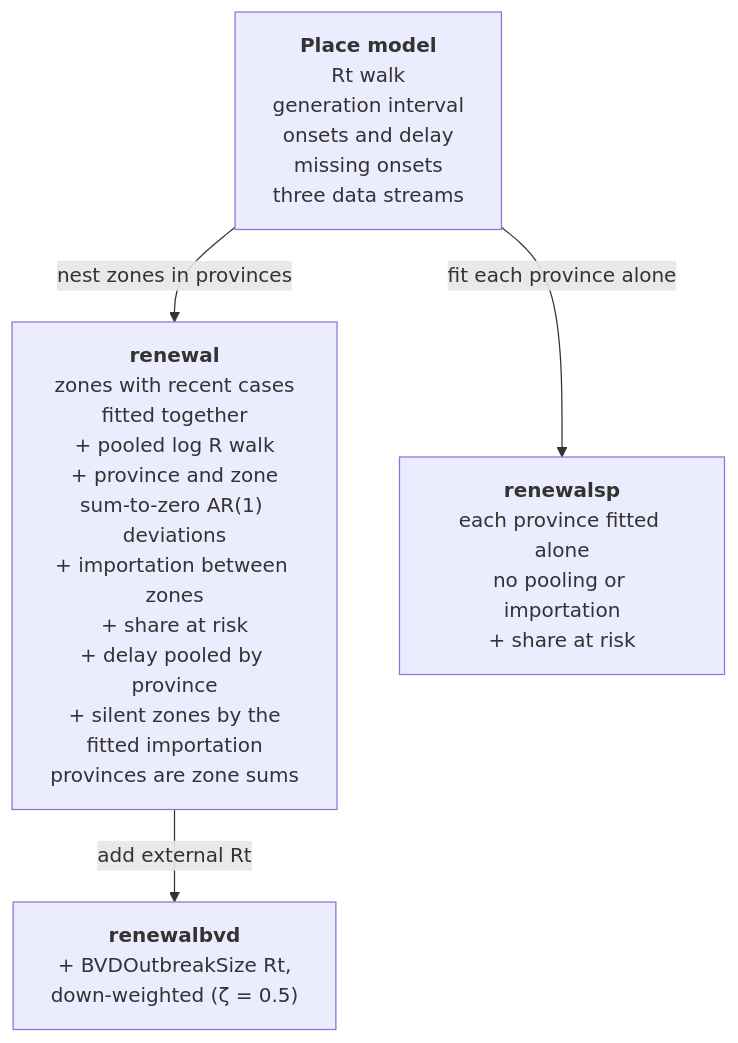
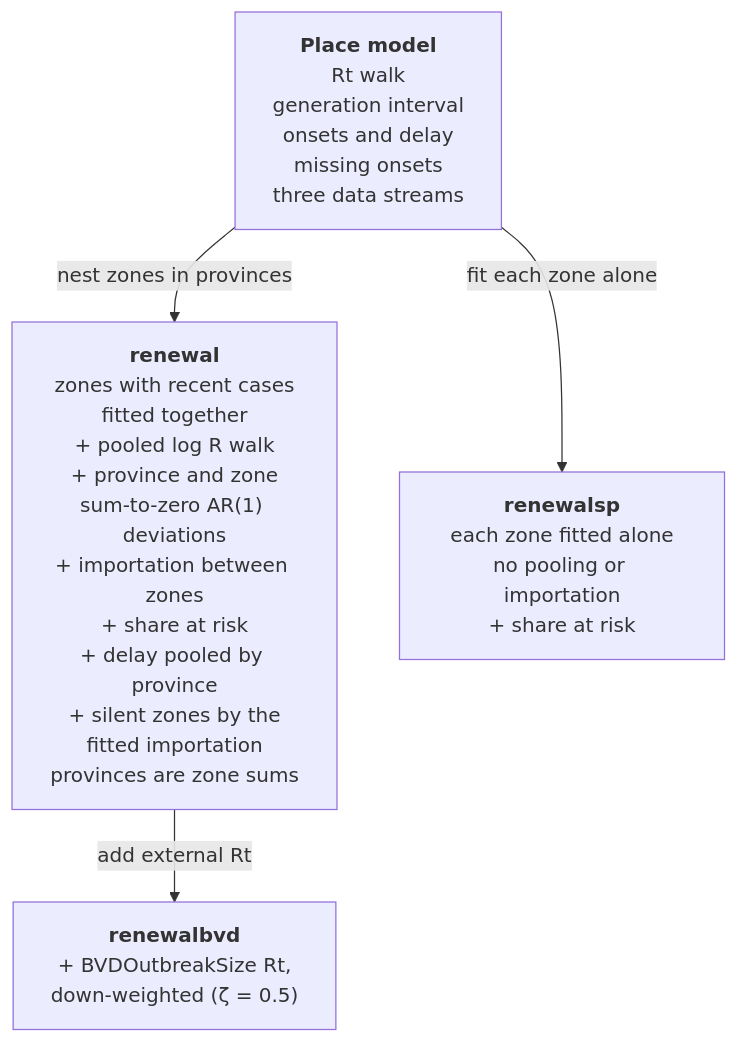
The first of 4 diagrams in docs/methods/model.md (seabbs/bdbv-hub-modelling), drawn with Mermaid before and after one commit. The commit also changed other lines of this file and 12 other files, not shown here.

Commit message:
feat: renewalsp fits each zone on its own; the per-province fit, its zone split and renewalsp_zones go

````diff
--- a/docs/methods/model.md
+++ b/docs/methods/model.md
@@ -22,11 +22,11 @@
 ```mermaid
 flowchart TD
     PM["<b>Place model</b><br/>Rt walk<br/>generation interval<br/>onsets and delay<br/>missing onsets<br/>three data streams"]
     RN["<b>renewal</b><br/>zones with recent cases<br/>fitted together<br/>+ pooled log R walk<br/>+ province and zone<br/>sum-to-zero AR(1) deviations<br/>+ importation between zones<br/>+ share at risk<br/>+ delay pooled by province<br/>+ silent zones by the<br/>fitted importation<br/>provinces are zone sums"]
     BV["<b>renewalbvd</b><br/>+ BVDOutbreakSize Rt,<br/>down-weighted (ζ = 0.5)"]
-    SP["<b>renewalsp</b><br/>each province fitted alone<br/>no pooling or importation<br/>+ share at risk"]
+    SP["<b>renewalsp</b><br/>each zone fitted alone<br/>no pooling or importation<br/>+ share at risk"]
 
     PM -- "nest zones in provinces" --> RN
     RN -- "add external Rt" --> BV
-    PM -- "fit each province alone" --> SP
+    PM -- "fit each zone alone" --> SP
 ```
````
